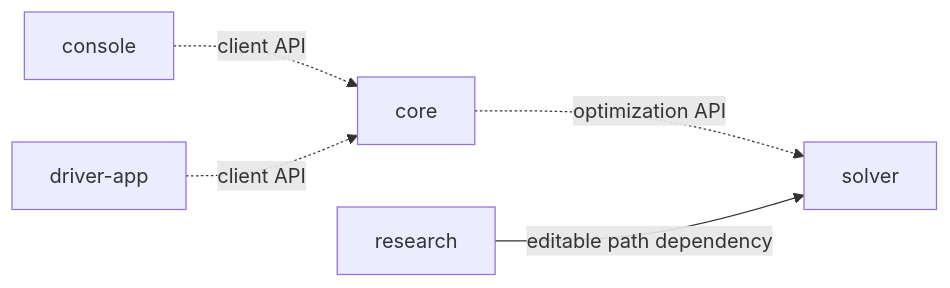
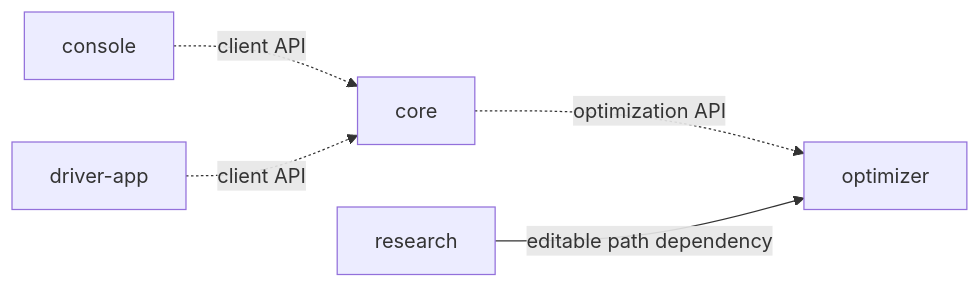
One commit to NaimElijah/DispatchFlow changed the first of 2 diagrams in docs/architecture/code-structure.md. Above: the diagram before and after it, drawn with Mermaid. The commit also changed other lines of this file and 158 other files, not shown here.

First line of the commit message:
refactor: rename the solver service to optimizer

````diff
--- a/docs/architecture/code-structure.md
+++ b/docs/architecture/code-structure.md
@@ -61,7 +61,7 @@
 ```mermaid
 flowchart LR
     console["console"] -.->|"client API"| core["core"]
     driver["driver-app"] -.->|"client API"| core
-    core -.->|"optimization API"| solver["solver"]
-    research["research"] -->|"editable path dependency"| solver
+    core -.->|"optimization API"| optimizer["optimizer"]
+    research["research"] -->|"editable path dependency"| optimizer
 ```
````
